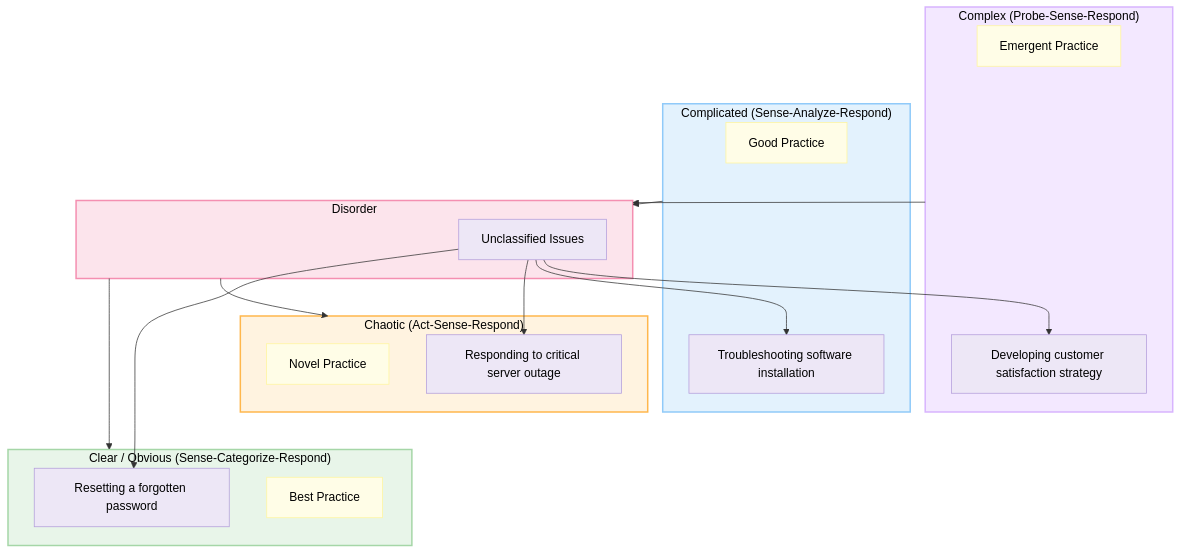
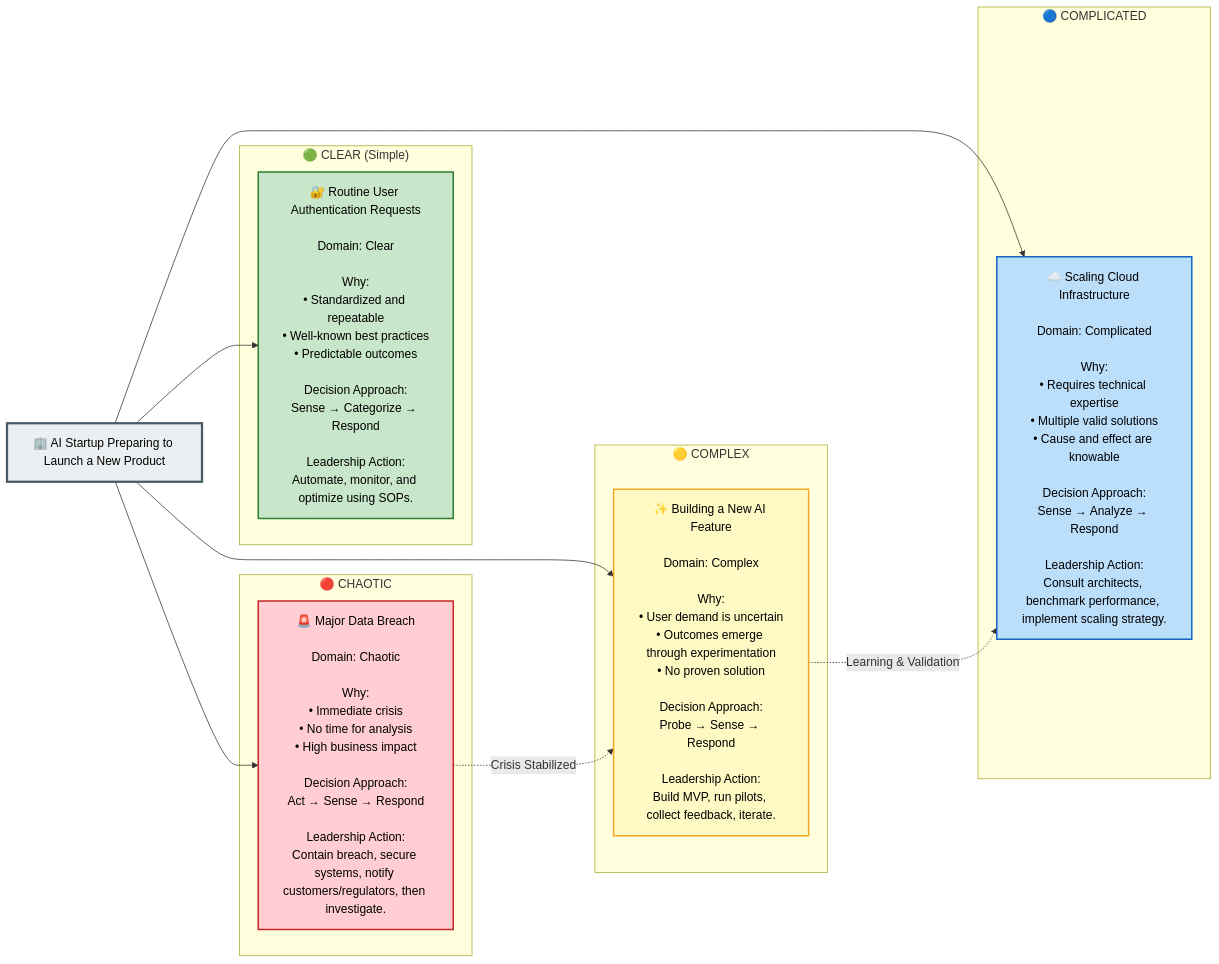
One commit to dhuru-7/arka changed the third of 3 diagrams in backend/knowledge/cynefin.md. Above: the diagram before and after it, drawn with Mermaid. The commit also changed other lines of this file and 4 other files, not shown here.

Commit message:
Update Cynefin framework diagram guardrails to match user-style flowcharts, rich multiline labels, and custom class styles

````diff
--- a/backend/knowledge/cynefin.md
+++ b/backend/knowledge/cynefin.md
@@ -71,56 +65,96 @@
 ```mermaid
-flowchart TD
-    %% 1. Define Nodes inside flat subgraphs
-    subgraph complex ["Complex (Probe-Sense-Respond)"]
-        cx_desc["Emergent Practice"]
-        cx_act["Developing customer satisfaction strategy"]
+flowchart LR
+    %% Central Theme Node
+    A["🏢 AI Startup Preparing to Launch a New Product"]
+
+    subgraph CLEAR["🟢 CLEAR (Simple)"]
+        C1["🔐 Routine User Authentication Requests
+
+Domain: Clear
+
+Why:
+• Standardized and repeatable
+• Well-known best practices
+• Predictable outcomes
+
+Decision Approach:
+Sense → Categorize → Respond
+
+Leadership Action:
+Automate, monitor, and optimize using SOPs."]
     end
 
-    subgraph complicated ["Complicated (Sense-Analyze-Respond)"]
-        co_desc["Good Practice"]
-        co_act["Troubleshooting software installation"]
+    subgraph COMPLICATED["🔵 COMPLICATED"]
+        P1["☁️ Scaling Cloud Infrastructure
+
+Domain: Complicated
+
+Why:
+• Requires technical expertise
+• Multiple valid solutions
+• Cause and effect are knowable
+
+Decision Approach:
+Sense → Analyze → Respond
+
+Leadership Action:
+Consult architects, benchmark performance, implement scaling strategy."]
     end
 
-    subgraph chaotic ["Chaotic (Act-Sense-Respond)"]
-        ch_desc["Novel Practice"]
-        ch_act["Responding to critical server outage"]
+    subgraph COMPLEX["🟡 COMPLEX"]
+        X1["✨ Building a New AI Feature
+
+Domain: Complex
+
+Why:
+• User demand is uncertain
+• Outcomes emerge through experimentation
+• No proven solution
+
+Decision Approach:
+Probe → Sense → Respond
+
+Leadership Action:
+Build MVP, run pilots, collect feedback, iterate."]
     end
 
-    subgraph clear ["Clear / Obvious (Sense-Categorize-Respond)"]
-        cl_desc["Best Practice"]
-        cl_act["Resetting a forgotten password"]
+    subgraph CHAOTIC["🔴 CHAOTIC"]
+        H1["🚨 Major Data Breach
+
+Domain: Chaotic
+
+Why:
+• Immediate crisis
+• No time for analysis
+• High business impact
+
+Decision Approach:
+Act → Sense → Respond
+
+Leadership Action:
+Contain breach, secure systems, notify customers/regulators, then investigate."]
     end
 
-    subgraph disorder ["Disorder"]
-        d_desc["Unclassified Issues"]
-    end
+    %% Connections
+    A --> C1
+    A --> P1
+    A --> X1
+    A --> H1
 
-    %% 2. Define Relationships
-    d_desc --> cx_act
-    d_desc --> co_act
-    d_desc --> ch_act
-    d_desc --> cl_act
+    %% Transitions
+    X1 -. Learning & Validation .-> P1
+    H1 -. Crisis Stabilized .-> X1
 
-    %% 3. Force 2x2 Quadrant Structure
-    complex ~~~ complicated
-    complex --> disorder
-    complicated --> disorder
-    disorder --> chaotic
-    disorder --> clear
-    chaotic ~~~ clear
+    %% Styling
+    classDef clear fill:#C8E6C9,stroke:#2E7D32,color:#000,stroke-width:2px;
+    classDef complicated fill:#BBDEFB,stroke:#1565C0,color:#000,stroke-width:2px;
+    classDef complex fill:#FFF9C4,stroke:#F9A825,color:#000,stroke-width:2px;
+    classDef chaotic fill:#FFCDD2,stroke:#C62828,color:#000,stroke-width:2px;
+    classDef center fill:#ECEFF1,stroke:#455A64,color:#000,stroke-width:3px;
 
-    %% 4. Apply Subgraph Styling (on separate lines at the bottom)
-    style complex fill:#F3E8FF,stroke:#D8B4FE,stroke-width:2px,color:#000000
-    style complicated fill:#E3F2FD,stroke:#90CAF9,stroke-width:2px,color:#000000
-    style clear fill:#E8F5E9,stroke:#A5D6A7,stroke-width:2px,color:#000000
-    style chaotic fill:#FFF3E0,stroke:#FFB74D,stroke-width:2px,color:#000000
-    style disorder fill:#FCE4EC,stroke:#F48FB1,stroke-width:2px,color:#000000
-
-    %% 5. Apply Class Definitions for nodes
-    classDef action fill:#FFFDE7,stroke:#FFF59D,color:#000000;
-    classDef scenario fill:#EDE7F6,stroke:#B39DDB,color:#000000;
-    classDef info fill:#E0F7FA,stroke:#80DEEA,color:#000000;
-
-    class cx_desc,co_desc,ch_desc,cl_desc action;
-    class cx_act,co_act,ch_act,cl_act,d_desc scenario;
+    class A center;
+    class C1 clear;
+    class P1 complicated;
+    class X1 complex;
+    class H1 chaotic;
 ```
````
